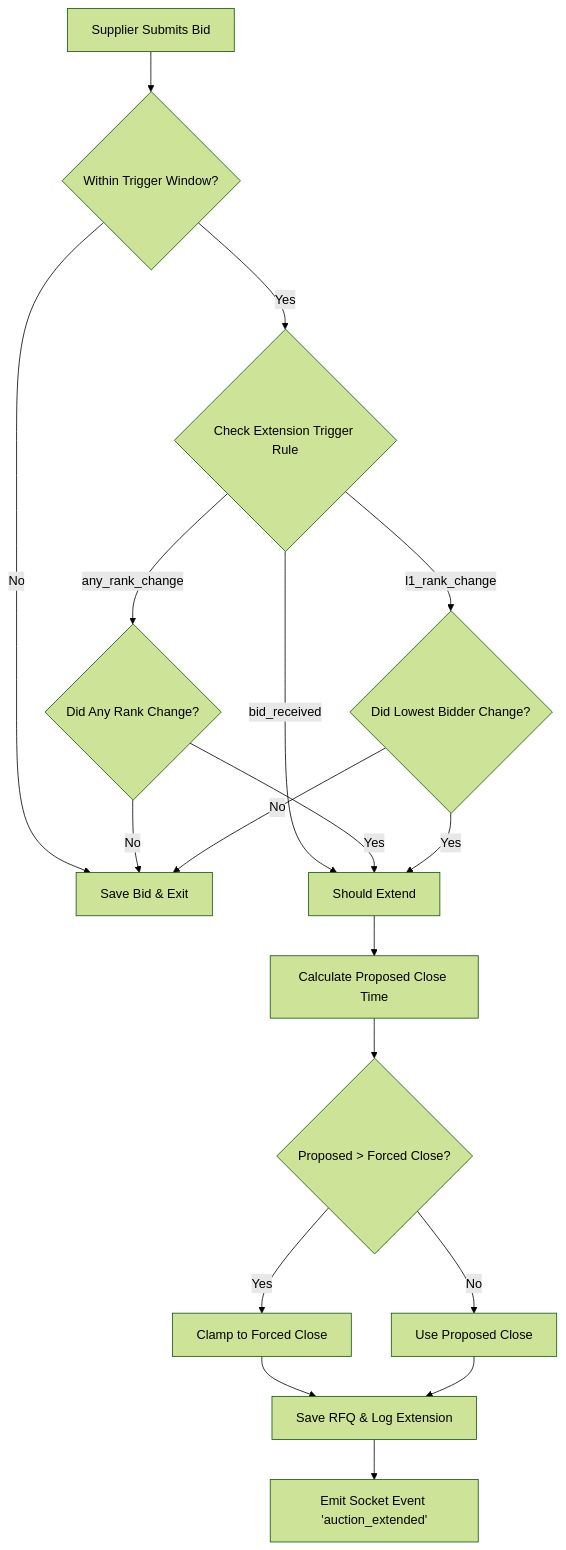
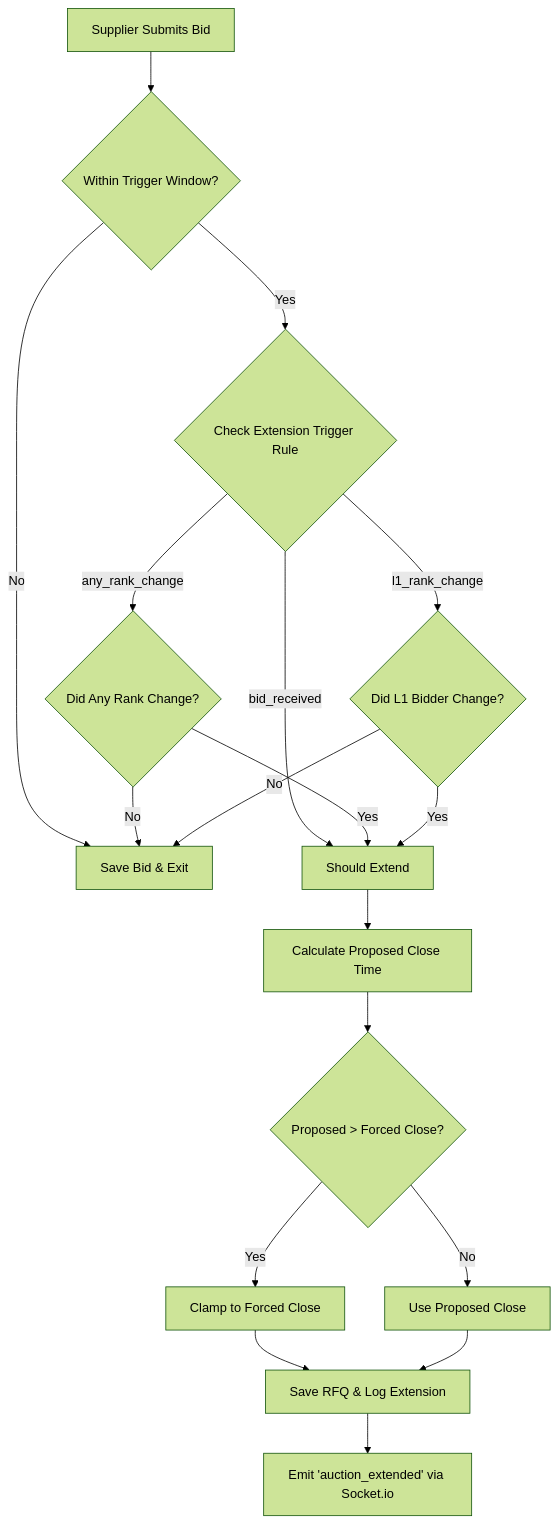
One commit to aryanitt/AuctionX changed the third of 4 diagrams in docs/HLD.md. Above: the diagram before and after it, drawn with Mermaid (forest theme). The commit also changed other lines of this file and 5963 other files, not shown here.

````diff
--- a/docs/HLD.md
+++ b/docs/HLD.md
@@ -45,24 +90,24 @@
 ```mermaid
 flowchart TD
     A[Supplier Submits Bid] --> B{Within Trigger Window?}
     B -- No --> C[Save Bid & Exit]
     B -- Yes --> D{Check Extension Trigger Rule}
-    
+
     D -- bid_received --> E[Should Extend]
     D -- any_rank_change --> F{Did Any Rank Change?}
-    D -- l1_rank_change --> G{Did Lowest Bidder Change?}
-    
+    D -- l1_rank_change --> G{Did L1 Bidder Change?}
+
     F -- Yes --> E
     F -- No --> C
     G -- Yes --> E
     G -- No --> C
 
     E --> H[Calculate Proposed Close Time]
     H --> I{Proposed > Forced Close?}
     I -- Yes --> J[Clamp to Forced Close]
     I -- No --> K[Use Proposed Close]
-    
+
     J --> L[Save RFQ & Log Extension]
     K --> L
-    L --> M[Emit Socket Event 'auction_extended']
+    L --> M["Emit 'auction_extended' via Socket.io"]
 ```
````
